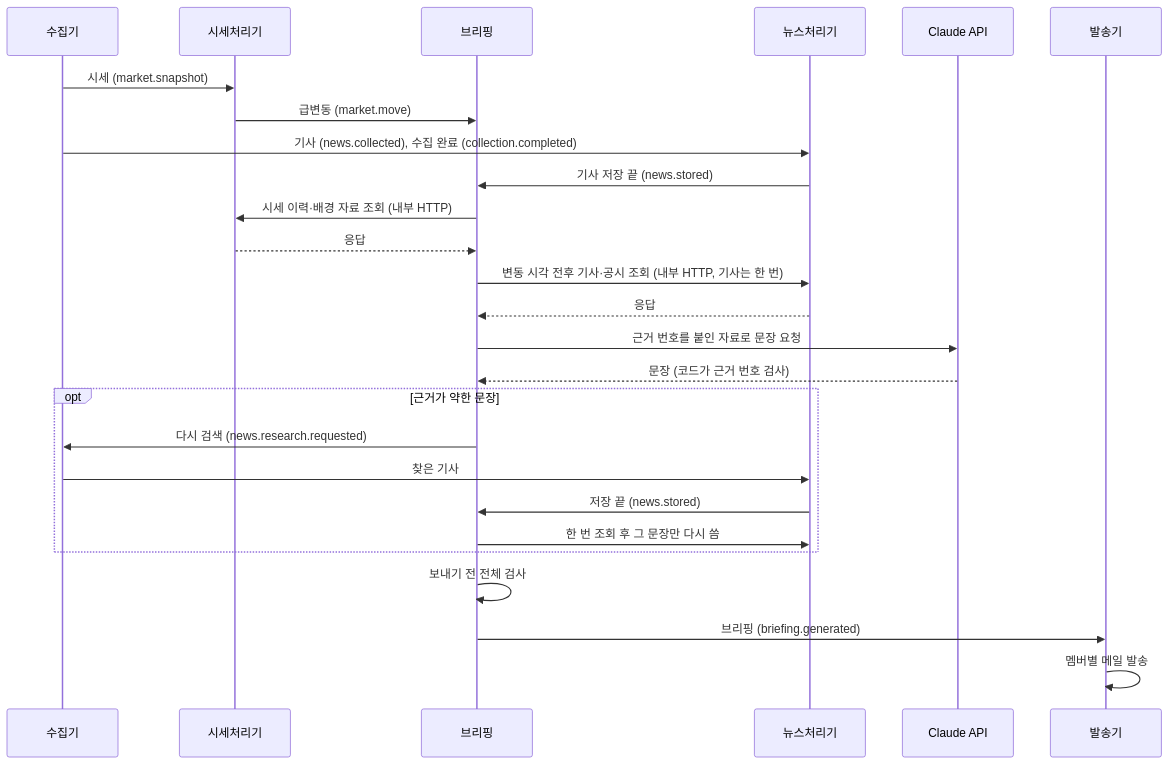
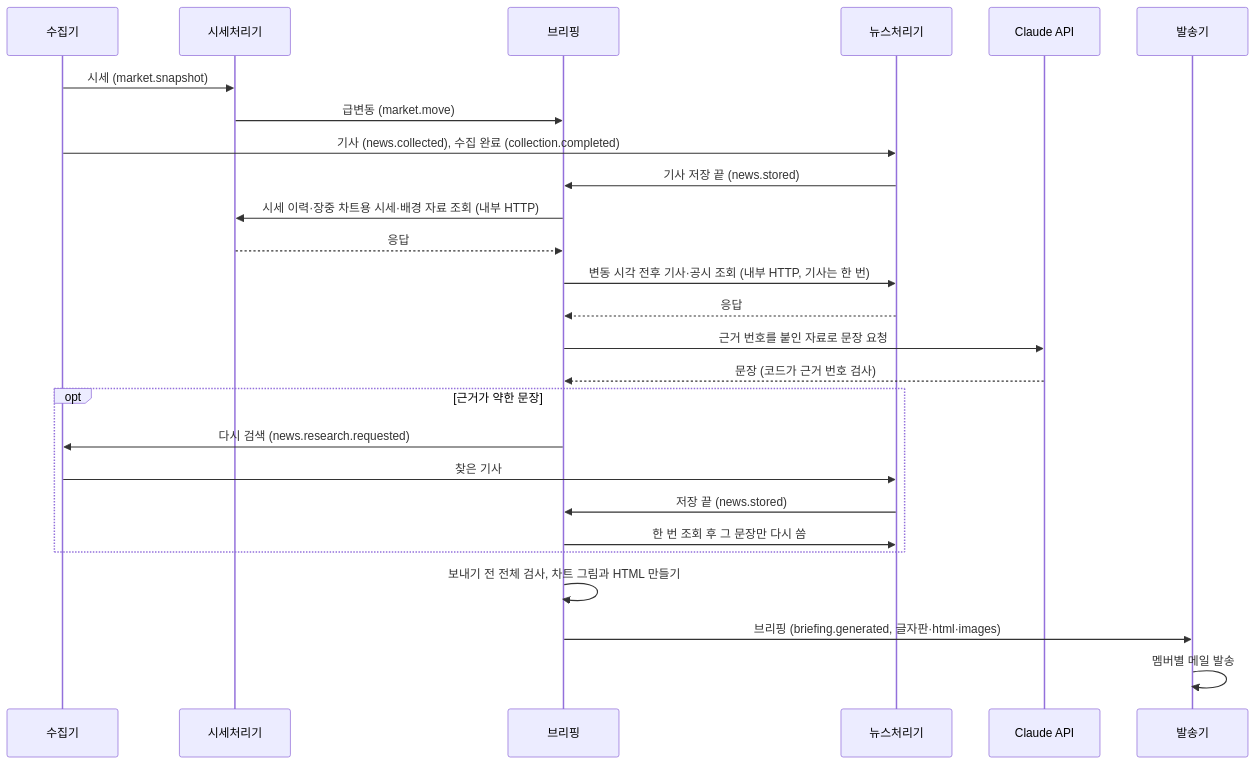
Before and after one commit to yc0191/stock-reading: the first of 2 diagrams in README.md, drawn with Mermaid. The commit also changed other lines of this file and 41 other files, not shown here.

First line of the commit message:
[feat] : Send short high-level move mails with an intraday chart

````diff
--- a/README.md
+++ b/README.md
@@ -48,28 +48,28 @@
 ```mermaid
 sequenceDiagram
     participant C as 수집기
     participant M as 시세처리기
     participant B as 브리핑
     participant N as 뉴스처리기
     participant L as Claude API
     participant S as 발송기
     C->>M: 시세 (market.snapshot)
     M->>B: 급변동 (market.move)
     C->>N: 기사 (news.collected), 수집 완료 (collection.completed)
     N->>B: 기사 저장 끝 (news.stored)
-    B->>M: 시세 이력·배경 자료 조회 (내부 HTTP)
+    B->>M: 시세 이력·장중 차트용 시세·배경 자료 조회 (내부 HTTP)
     M-->>B: 응답
     B->>N: 변동 시각 전후 기사·공시 조회 (내부 HTTP, 기사는 한 번)
     N-->>B: 응답
     B->>L: 근거 번호를 붙인 자료로 문장 요청
     L-->>B: 문장 (코드가 근거 번호 검사)
     opt 근거가 약한 문장
         B->>C: 다시 검색 (news.research.requested)
         C->>N: 찾은 기사
         N->>B: 저장 끝 (news.stored)
         B->>N: 한 번 조회 후 그 문장만 다시 씀
     end
-    B->>B: 보내기 전 전체 검사
-    B->>S: 브리핑 (briefing.generated)
+    B->>B: 보내기 전 전체 검사, 차트 그림과 HTML 만들기
+    B->>S: 브리핑 (briefing.generated, 글자판·html·images)
     S->>S: 멤버별 메일 발송
 ```
````
